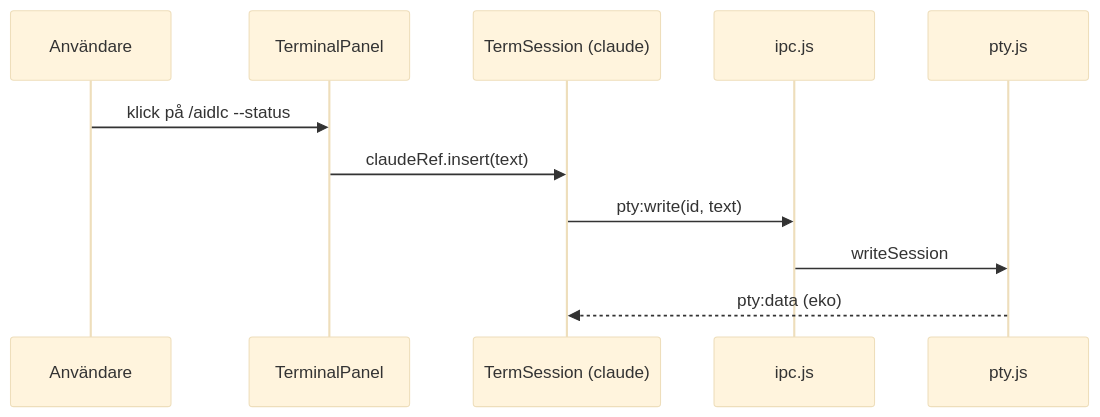
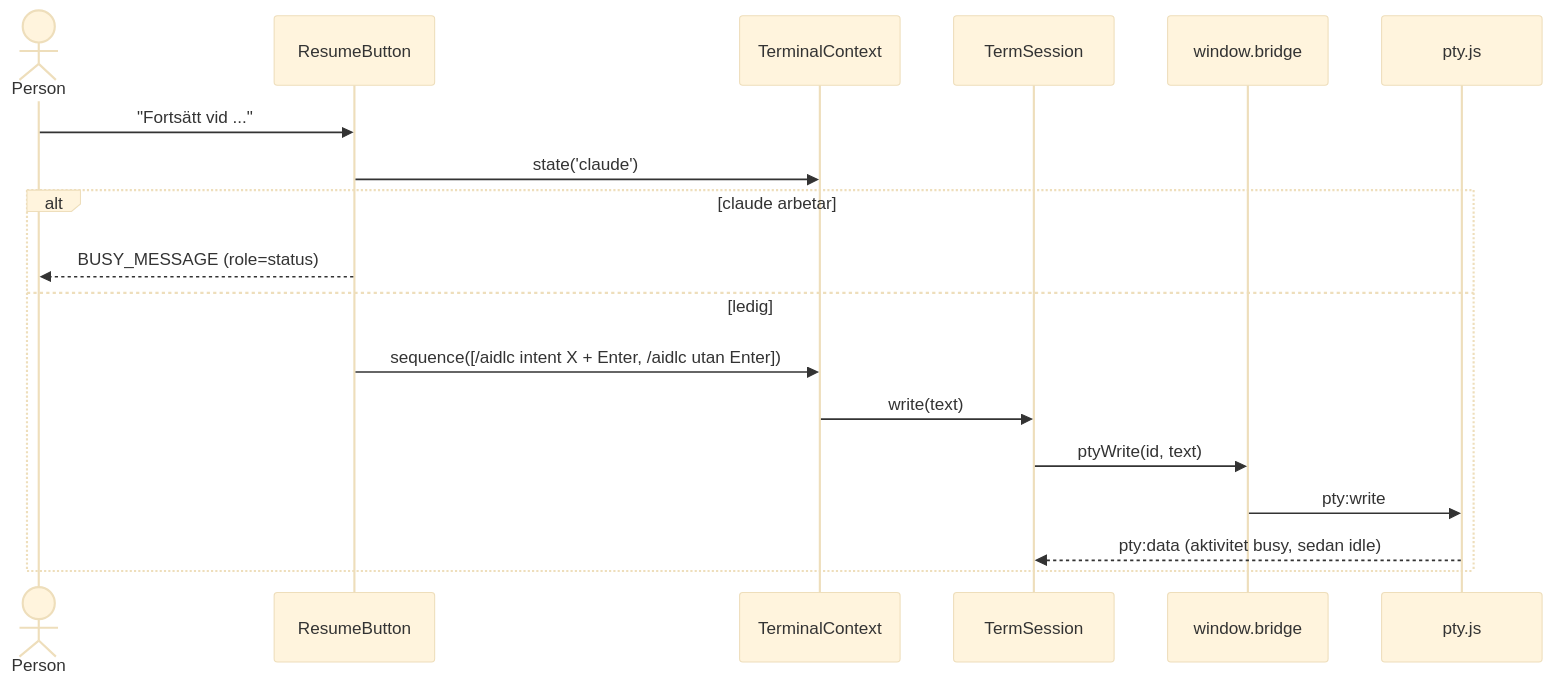
One commit to tochman/ai-dlc-thadeus changed the fourth of 4 diagrams in aidlc/spaces/default/codekb/aidlc-dash/architecture.md. Above: the diagram before and after it, drawn with Mermaid (base theme). The commit also changed other lines of this file and 74 other files, not shown here.

````diff
--- a/aidlc/spaces/default/codekb/aidlc-dash/architecture.md
+++ b/aidlc/spaces/default/codekb/aidlc-dash/architecture.md
@@ -193,13 +139,20 @@
 ```mermaid
 sequenceDiagram
-  participant U as Användare
-  participant TP as TerminalPanel
-  participant TS as TermSession (claude)
-  participant I as ipc.js
-  participant P as pty.js
-  U->>TP: klick på /aidlc --status
-  TP->>TS: claudeRef.insert(text)
-  TS->>I: pty:write(id, text)
-  I->>P: writeSession
-  P-->>TS: pty:data (eko)
+  actor Person
+  participant RB as ResumeButton
+  participant TC as TerminalContext
+  participant TS as TermSession
+  participant Bridge as window.bridge
+  participant PTY as pty.js
+  Person->>RB: "Fortsätt vid ..."
+  RB->>TC: state('claude')
+  alt claude arbetar
+    RB-->>Person: BUSY_MESSAGE (role=status)
+  else ledig
+    RB->>TC: sequence([/aidlc intent X + Enter, /aidlc utan Enter])
+    TC->>TS: write(text)
+    TS->>Bridge: ptyWrite(id, text)
+    Bridge->>PTY: pty:write
+    PTY-->>TS: pty:data (aktivitet busy, sedan idle)
+  end
 ```
````
